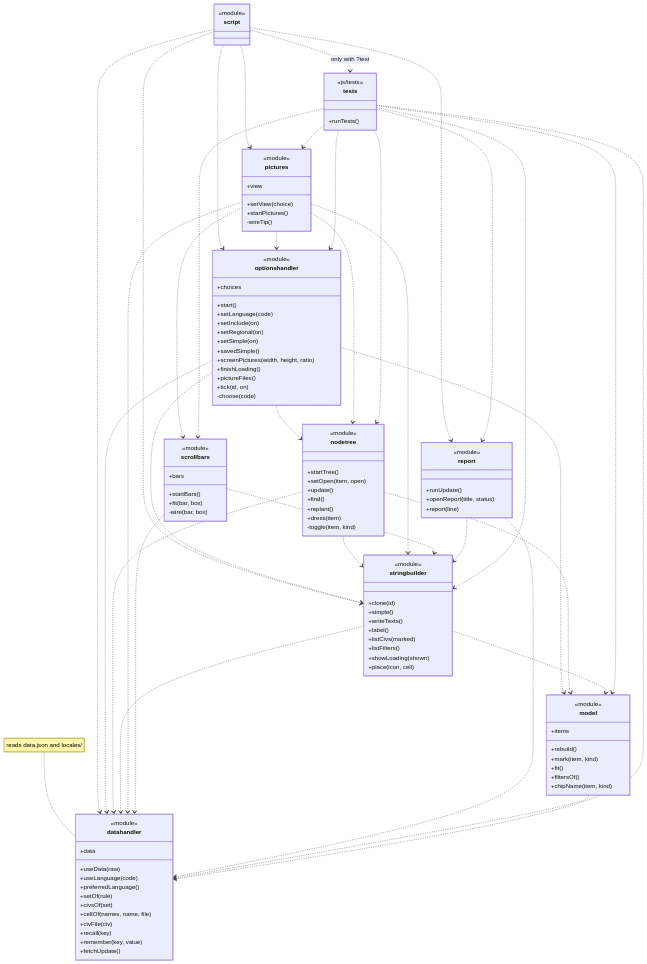
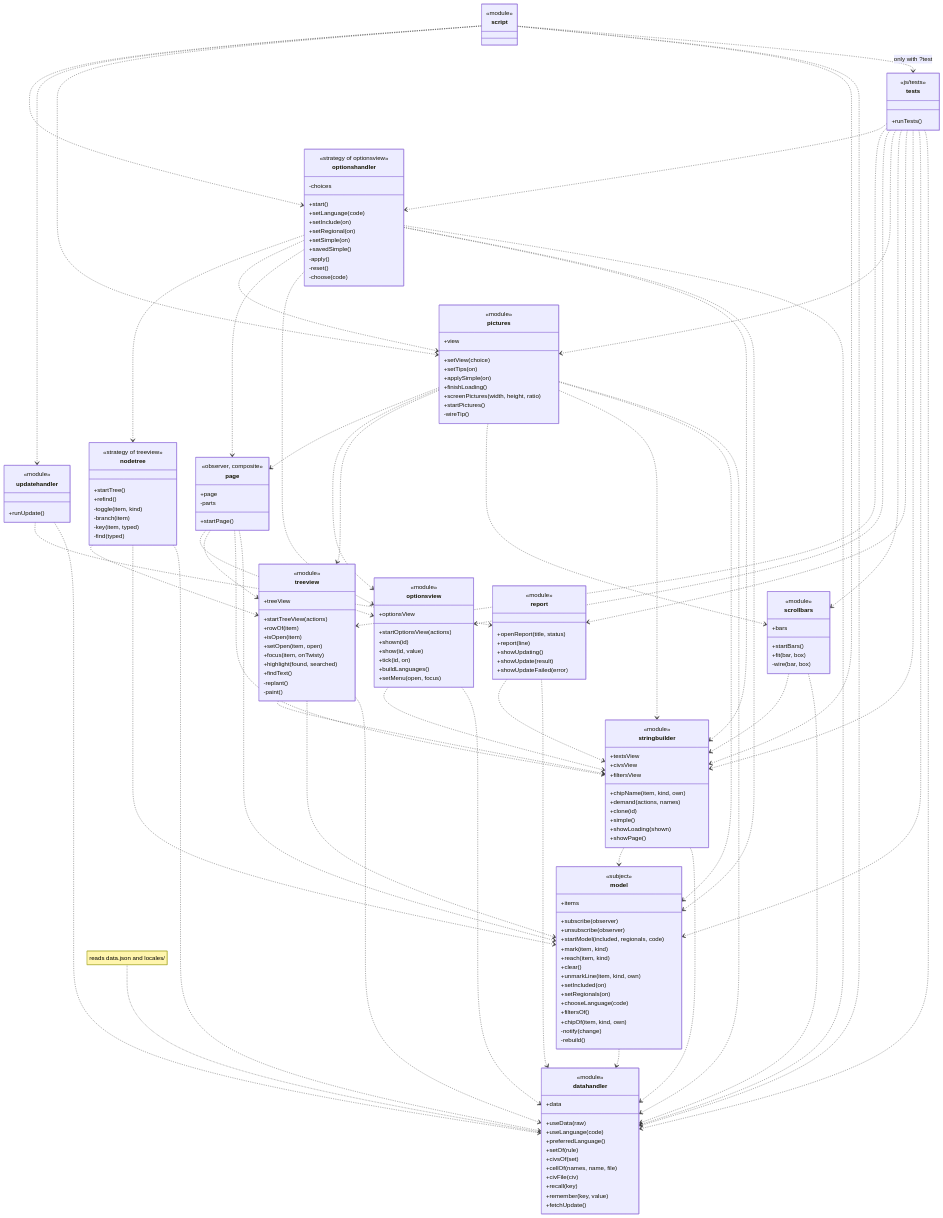
One commit to cnordenb/civexplorer.net changed the diagram in documentation/MAINTAINER.md. Above: the diagram before and after it, drawn with Mermaid. The commit also changed other lines of this file and 39 other files, not shown here.

```diff
--- a/documentation/MAINTAINER.md
+++ b/documentation/MAINTAINER.md
@@ -135,49 +138,89 @@
     <<module>>
   }
   class optionshandler {
-    <<module>>
+    <<strategy of optionsview>>
     +start()
     +setLanguage(code)
     +setInclude(on)
     +setRegional(on)
     +setSimple(on)
     +savedSimple()
-    +screenPictures(width, height, ratio)
-    +finishLoading()
-    +pictureFiles()
-    +tick(id, on)
-    +choices
+    -choices
+    -apply()
+    -reset()
     -choose(code)
   }
   class nodetree {
+    <<strategy of treeview>>
+    +startTree()
+    +refind()
+    -toggle(item, kind)
+    -branch(item)
+    -key(item, typed)
+    -find(typed)
+  }
+  class updatehandler {
     <<module>>
-    +startTree()
+    +runUpdate()
+  }
+  class page {
+    <<observer, composite>>
+    +page
+    +startPage()
+    -parts
+  }
+  class treeview {
+    <<module>>
+    +treeView
+    +startTreeView(actions)
+    +rowOf(item)
+    +isOpen(item)
     +setOpen(item, open)
-    +update()
-    +find()
-    +replant()
-    +dress(item)
-    -toggle(item, kind)
+    +focus(item, onTwisty)
+    +highlight(found, searched)
+    +findText()
+    -replant()
+    -paint()
+  }
+  class optionsview {
+    <<module>>
+    +optionsView
+    +startOptionsView(actions)
+    +shown(id)
+    +show(id, value)
+    +tick(id, on)
+    +buildLanguages()
+    +setMenu(open, focus)
   }
   class stringbuilder {
     <<module>>
+    +textsView
+    +civsView
+    +filtersView
+    +chipName(item, kind, own)
+    +demand(actions, names)
     +clone(id)
     +simple()
-    +writeTexts()
-    +label()
-    +listCivs(marked)
-    +listFilters()
     +showLoading(shown)
-    +place(icon, cell)
+    +showPage()
   }
   class model {
-    <<module>>
+    <<subject>>
     +items
-    +rebuild()
+    +subscribe(observer)
+    +unsubscribe(observer)
+    +startModel(included, regionals, code)
     +mark(item, kind)
-    +fit()
+    +reach(item, kind)
+    +clear()
+    +unmarkLine(item, kind, own)
+    +setIncluded(on)
+    +setRegionals(on)
+    +chooseLanguage(code)
     +filtersOf()
-    +chipName(item, kind)
+    +chipOf(item, kind, own)
+    -notify(change)
+    -rebuild()
   }
   class datahandler {
     <<module>>
@@ -201,6 +244,10 @@
     <<module>>
     +view
     +setView(choice)
+    +setTips(on)
+    +applySimple(on)
+    +finishLoading()
+    +screenPictures(width, height, ratio)
     +startPictures()
     -wireTip()
   }
@@ -213,41 +260,60 @@
   }
   class report {
     <<module>>
-    +runUpdate()
     +openReport(title, status)
     +report(line)
+    +showUpdating()
+    +showUpdate(result)
+    +showUpdateFailed(error)
   }
   script ..> optionshandler
+  script ..> updatehandler
+  script ..> pictures
   script ..> stringbuilder
-  script ..> report
-  script ..> pictures
   script ..> datahandler
   script ..> tests : only with ?test
   optionshandler ..> nodetree
+  optionshandler ..> pictures
+  optionshandler ..> page
+  optionshandler ..> optionsview
   optionshandler ..> stringbuilder
   optionshandler ..> model
   optionshandler ..> datahandler
-  nodetree ..> stringbuilder
+  nodetree ..> treeview
   nodetree ..> model
   nodetree ..> datahandler
-  stringbuilder ..> model
-  stringbuilder ..> datahandler
-  pictures ..> optionshandler
-  pictures ..> nodetree
+  updatehandler ..> report
+  updatehandler ..> datahandler
+  pictures ..> page
+  pictures ..> optionsview
+  pictures ..> treeview
+  pictures ..> scrollbars
   pictures ..> stringbuilder
+  pictures ..> model
   pictures ..> datahandler
-  pictures ..> scrollbars
+  page ..> optionsview
+  page ..> treeview
+  page ..> stringbuilder
+  page ..> model
+  treeview ..> stringbuilder
+  treeview ..> model
+  treeview ..> datahandler
+  optionsview ..> stringbuilder
+  optionsview ..> datahandler
   scrollbars ..> stringbuilder
   scrollbars ..> datahandler
   report ..> stringbuilder
   report ..> datahandler
+  stringbuilder ..> model
+  stringbuilder ..> datahandler
   model ..> datahandler
   tests ..> optionshandler
-  tests ..> nodetree
-  tests ..> stringbuilder
+  tests ..> treeview
+  tests ..> optionsview
   tests ..> pictures
   tests ..> scrollbars
   tests ..> report
+  tests ..> stringbuilder
   tests ..> model
   tests ..> datahandler
   note for datahandler "reads data.json and locales/"
```
